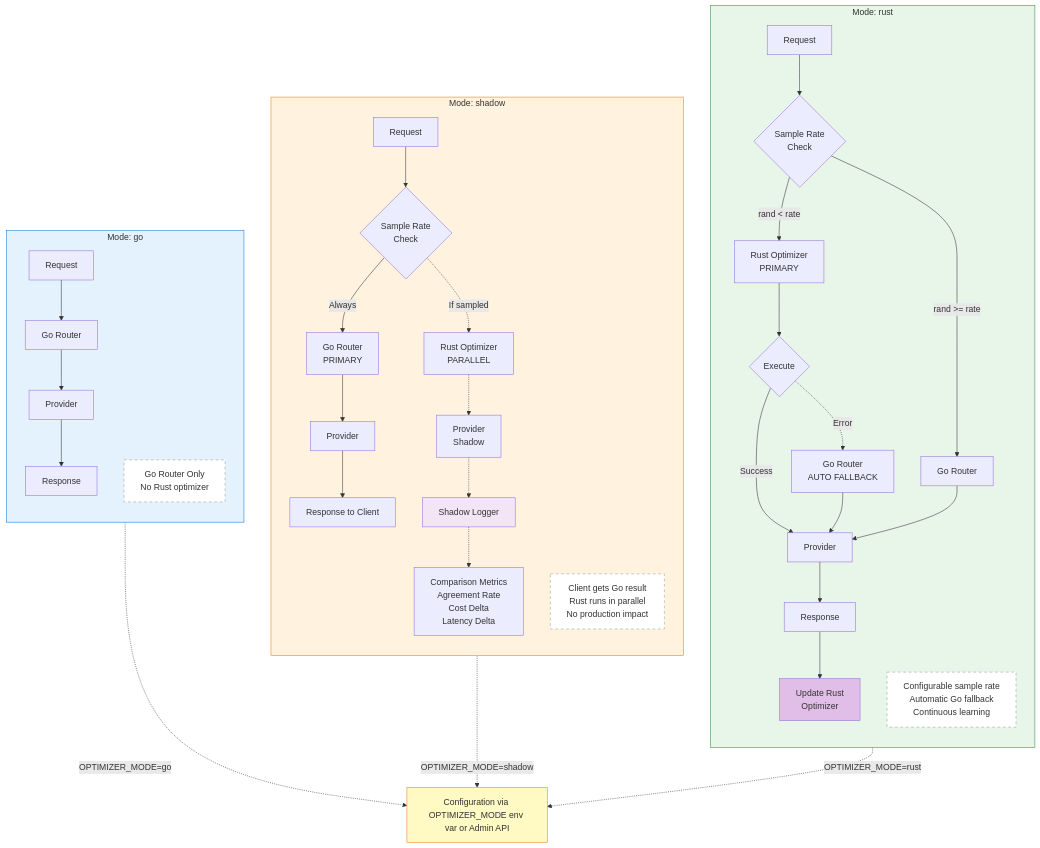
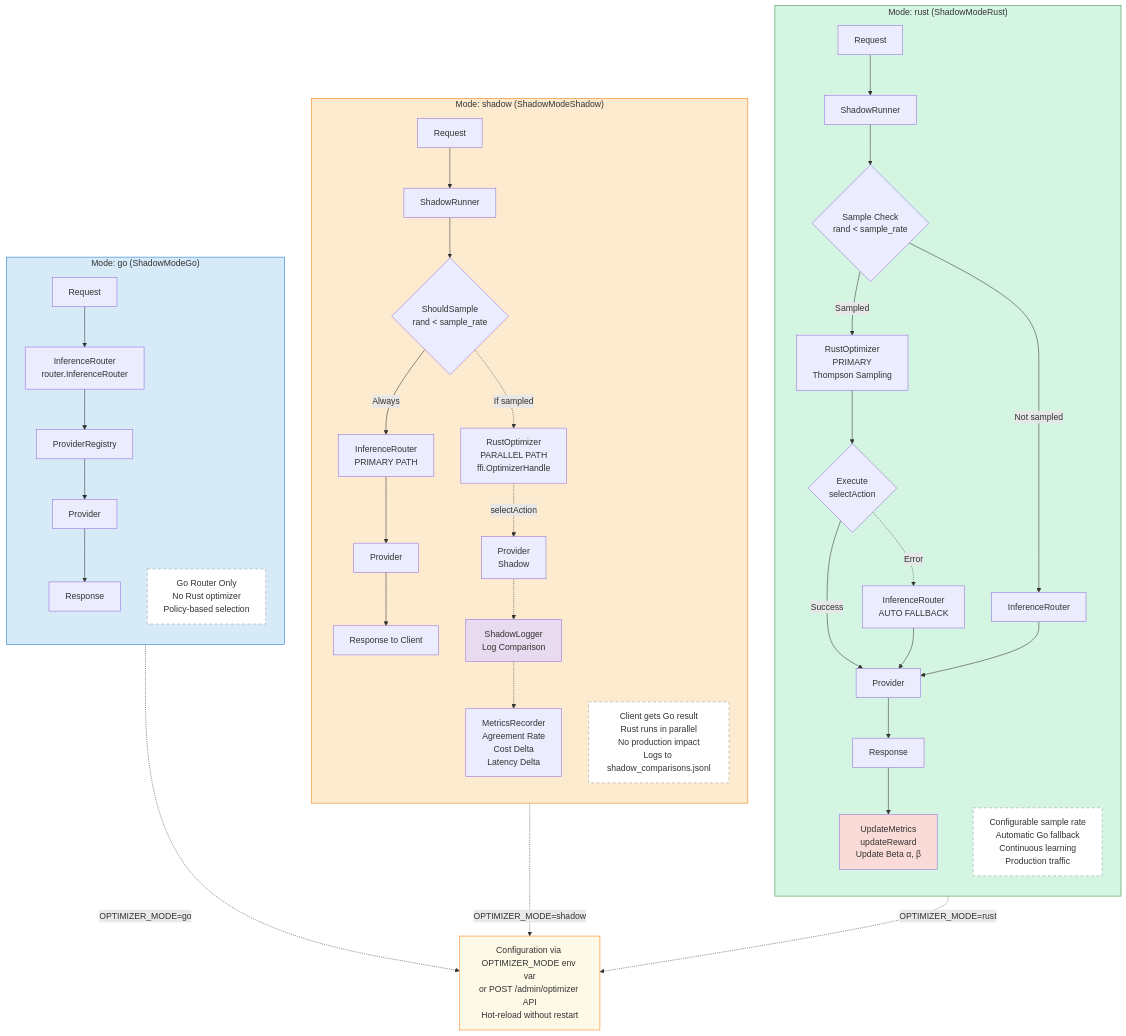
The diagram in docs/diagrams/03-optimizer-modes.mmd (rapture-fx/igris), drawn with Mermaid before and after one commit. The commit also changed 12 other files, not shown here.

```diff
--- a/docs/diagrams/03-optimizer-modes.mmd
+++ b/docs/diagrams/03-optimizer-modes.mmd
@@ -1,66 +1,70 @@
 %% Optimizer Modes: Three Operating Modes
 %% Based on internal/inference/optimizer/shadow/shadow_runner.go:17-24
+%% Updated: 2025-10-20 - Synchronized with codebase
 
 graph TB
-    subgraph Mode1["Mode: go"]
+    subgraph Mode1["Mode: go (ShadowModeGo)"]
         direction TB
-        Request1[Request] --> GoRouter1[Go Router]
-        GoRouter1 --> Provider1[Provider]
+        Request1[Request] --> InferenceRouter1[InferenceRouter<br/>router.InferenceRouter]
+        InferenceRouter1 --> ProviderRegistry1[ProviderRegistry]
+        ProviderRegistry1 --> Provider1[Provider]
         Provider1 --> Response1[Response]
 
-        Note1[Go Router Only<br/>No Rust optimizer]
+        Note1[Go Router Only<br/>No Rust optimizer<br/>Policy-based selection]
     end
 
-    subgraph Mode2["Mode: shadow"]
+    subgraph Mode2["Mode: shadow (ShadowModeShadow)"]
         direction TB
-        Request2[Request] --> Decision2{Sample Rate<br/>Check}
+        Request2[Request] --> ShadowRunner2[ShadowRunner]
+        ShadowRunner2 --> ShouldSample{ShouldSample<br/>rand < sample_rate}
 
-        Decision2 -->|Always| Primary[Go Router<br/>PRIMARY]
-        Decision2 -.->|If sampled| RustShadow[Rust Optimizer<br/>PARALLEL]
+        ShouldSample -->|Always| Primary[InferenceRouter<br/>PRIMARY PATH]
+        ShouldSample -.->|If sampled| RustShadow[RustOptimizer<br/>PARALLEL PATH<br/>ffi.OptimizerHandle]
 
         Primary --> Provider2A[Provider]
-        RustShadow -.-> Provider2B[Provider<br/>Shadow]
+        RustShadow -.->|selectAction| Provider2B[Provider<br/>Shadow]
 
         Provider2A --> Response2[Response to Client]
-        Provider2B -.-> Logger[Shadow Logger]
+        Provider2B -.-> ComparisonLog[ShadowLogger<br/>Log Comparison]
 
-        Logger -.-> Metrics2[Comparison Metrics<br/>Agreement Rate<br/>Cost Delta<br/>Latency Delta]
+        ComparisonLog -.-> MetricsRecorder[MetricsRecorder<br/>Agreement Rate<br/>Cost Delta<br/>Latency Delta]
 
-        Note2[Client gets Go result<br/>Rust runs in parallel<br/>No production impact]
+        Note2[Client gets Go result<br/>Rust runs in parallel<br/>No production impact<br/>Logs to shadow_comparisons.jsonl]
     end
 
-    subgraph Mode3["Mode: rust"]
+    subgraph Mode3["Mode: rust (ShadowModeRust)"]
         direction TB
-        Request3[Request] --> Sample{Sample Rate<br/>Check}
+        Request3[Request] --> ShadowRunner3[ShadowRunner]
+        ShadowRunner3 --> Sample{Sample Check<br/>rand < sample_rate}
 
-        Sample -->|rand < rate| RustPrimary[Rust Optimizer<br/>PRIMARY]
-        Sample -->|rand >= rate| GoFallback1[Go Router]
+        Sample -->|Sampled| RustPrimary[RustOptimizer<br/>PRIMARY<br/>Thompson Sampling]
+        Sample -->|Not sampled| GoFallback1[InferenceRouter]
 
-        RustPrimary --> Execute{Execute}
+        RustPrimary --> Execute{Execute<br/>selectAction}
         Execute -->|Success| Provider3[Provider]
-        Execute -.->|Error| GoFallback2[Go Router<br/>AUTO FALLBACK]
+        Execute -.->|Error| GoFallback2[InferenceRouter<br/>AUTO FALLBACK]
 
         GoFallback1 --> Provider3
         GoFallback2 --> Provider3
 
         Provider3 --> Response3[Response]
-        Response3 --> Feedback[Update Rust<br/>Optimizer]
+        Response3 --> UpdateMetrics[UpdateMetrics<br/>updateReward<br/>Update Beta α, β]
 
-        Note3[Configurable sample rate<br/>Automatic Go fallback<br/>Continuous learning]
+        Note3[Configurable sample rate<br/>Automatic Go fallback<br/>Continuous learning<br/>Production traffic]
     end
 
-    ConfigNote[Configuration via OPTIMIZER_MODE env var or Admin API]
+    ConfigNote[Configuration via OPTIMIZER_MODE env var<br/>or POST /admin/optimizer API<br/>Hot-reload without restart]
 
     Mode1 -.->|OPTIMIZER_MODE=go| ConfigNote
     Mode2 -.->|OPTIMIZER_MODE=shadow| ConfigNote
     Mode3 -.->|OPTIMIZER_MODE=rust| ConfigNote
 
-    style Mode1 fill:#e3f2fd,stroke:#1976d2
-    style Mode2 fill:#fff3e0,stroke:#f57c00
-    style Mode3 fill:#e8f5e9,stroke:#388e3c
-    style Logger fill:#f3e5f5
-    style Feedback fill:#e1bee7
+    style Mode1 fill:#D6EAF8,stroke:#1976d2
+    style Mode2 fill:#FDEBD0,stroke:#f57c00
+    style Mode3 fill:#D5F5E3,stroke:#388e3c
+    style ComparisonLog fill:#E8DAEF
+    style UpdateMetrics fill:#FADBD8
     style Note1 fill:#fff,stroke:#999,stroke-dasharray: 5 5
     style Note2 fill:#fff,stroke:#999,stroke-dasharray: 5 5
     style Note3 fill:#fff,stroke:#999,stroke-dasharray: 5 5
-    style ConfigNote fill:#fff9c4,stroke:#f57f17
+    style ConfigNote fill:#FEF9E7,stroke:#f57f17
```
